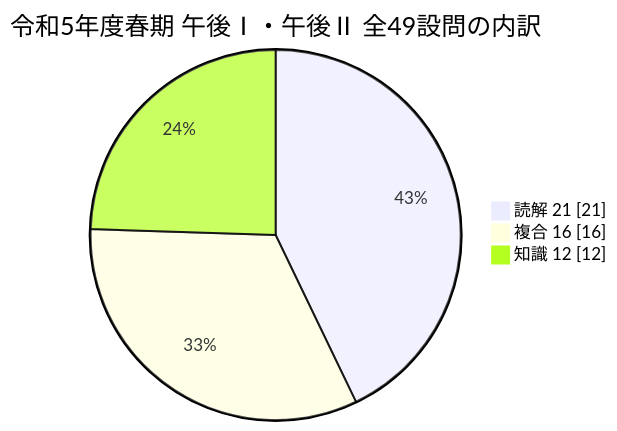
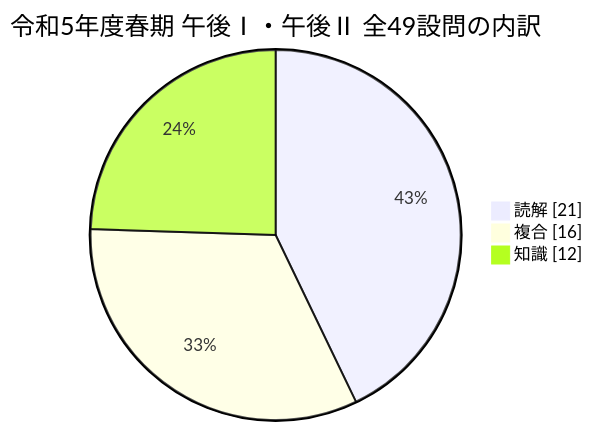
One commit to self-study-engineer/study-technology changed the first of 2 diagrams in セキュリティ/情報処理安全確保支援士/令和5年度_春期_設問タイプ分類.md. Above: the diagram before and after it, drawn with Mermaid. The commit also changed other lines of this file and 17 other files, not shown here.

````diff
--- a/セキュリティ/情報処理安全確保支援士/令和5年度_春期_設問タイプ分類.md
+++ b/セキュリティ/情報処理安全確保支援士/令和5年度_春期_設問タイプ分類.md
@@ -40,7 +38,10 @@
 ```mermaid
+---
+title: 令和5年度春期 午後Ⅰ・午後Ⅱ 全49設問の内訳
+---
+
 pie showData
-    title 令和5年度春期 午後Ⅰ・午後Ⅱ 全49設問の内訳
-    "読解 21" : 21
-    "複合 16" : 16
-    "知識 12" : 12
+    "読解" : 21
+    "複合" : 16
+    "知識" : 12
 ```
````
